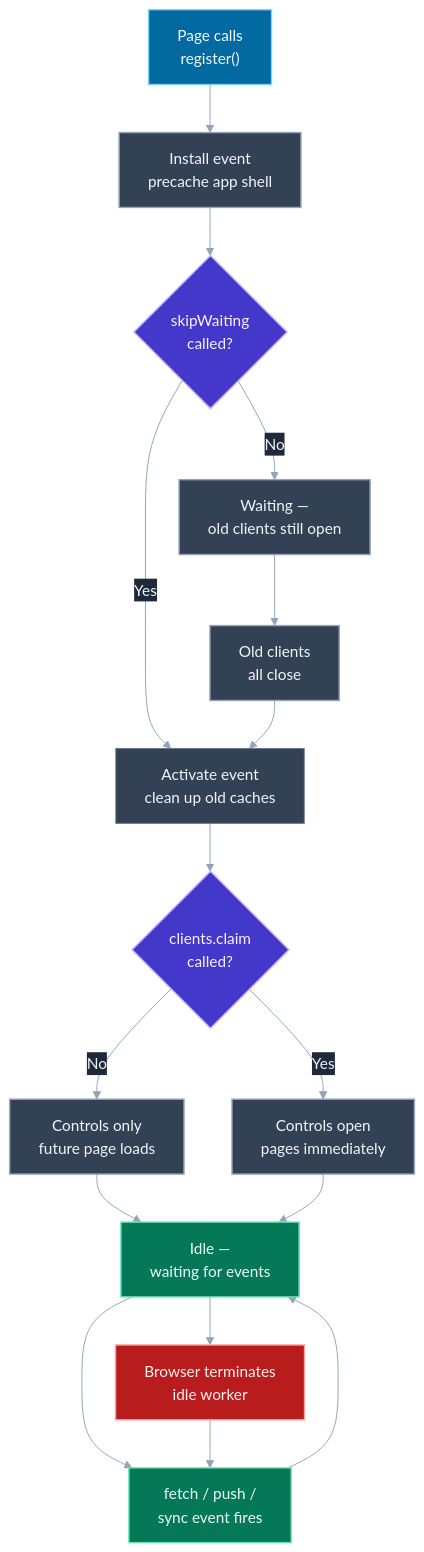
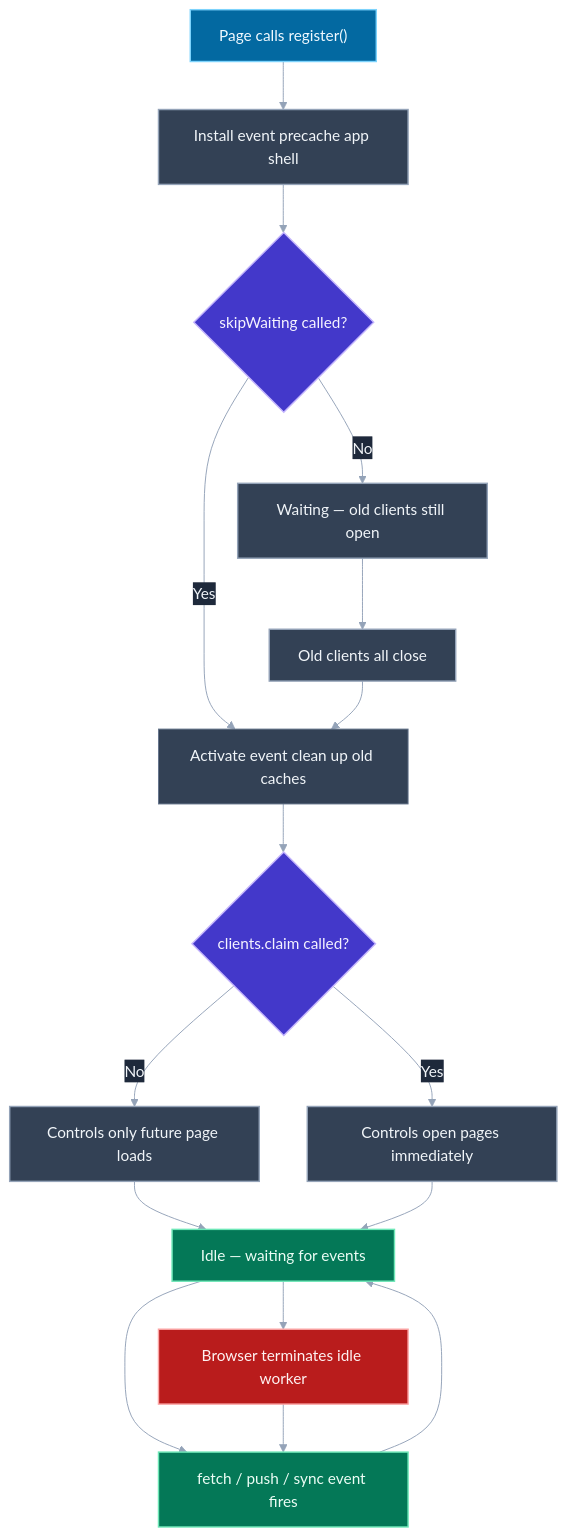
Before and after one commit to vinayakhumberi/litmus: the first of 2 diagrams in data/topics/service-workers-pwa.md, drawn with Mermaid. The commit also changed other lines of this file and 68 other files, not shown here.

````diff
--- a/data/topics/service-workers-pwa.md
+++ b/data/topics/service-workers-pwa.md
@@ -142,31 +142,31 @@
 ```mermaid
 %%{init: {"theme": "base", "themeVariables": {"primaryColor":"#334155","primaryTextColor":"#f1f5f9","primaryBorderColor":"#64748b","lineColor":"#94a3b8","edgeLabelBackground":"#1e293b","textColor":"#f1f5f9","fontSize":"16px"}}}%%
 flowchart TD
-    A["Page calls<br>register()"] --> B["Install event<br>precache app shell"]
-    B --> C{"skipWaiting<br>called?"}
-    C -- "No" --> D["Waiting —<br>old clients still open"]
-    D --> E["Old clients<br>all close"]
-    C -- "Yes" --> F["Activate event<br>clean up old caches"]
+    A["Page calls register()"] --> B["Install event precache app shell"]
+    B --> C{"skipWaiting called?"}
+    C -- "No" --> D["Waiting — old clients still open"]
+    D --> E["Old clients all close"]
+    C -- "Yes" --> F["Activate event clean up old caches"]
     E --> F
-    F --> G{"clients.claim<br>called?"}
-    G -- "No" --> H["Controls only<br>future page loads"]
-    G -- "Yes" --> I["Controls open<br>pages immediately"]
-    H --> J["Idle —<br>waiting for events"]
+    F --> G{"clients.claim called?"}
+    G -- "No" --> H["Controls only future page loads"]
+    G -- "Yes" --> I["Controls open pages immediately"]
+    H --> J["Idle — waiting for events"]
     I --> J
-    J --> K["fetch / push /<br>sync event fires"]
+    J --> K["fetch / push / sync event fires"]
     K --> J
-    J --> L["Browser terminates<br>idle worker"]
+    J --> L["Browser terminates idle worker"]
     L --> K
 
     classDef start fill:#0369a1,stroke:#7dd3fc,color:#f0f9ff,stroke-width:1.5px
     classDef decision fill:#4338ca,stroke:#c4b5fd,color:#f5f3ff,stroke-width:1.5px
     classDef normal fill:#334155,stroke:#94a3b8,color:#f1f5f9,stroke-width:1.5px
     classDef active fill:#047857,stroke:#6ee7b7,color:#ecfdf5,stroke-width:1.5px
     classDef warn fill:#b91c1c,stroke:#fca5a5,color:#fef2f2,stroke-width:1.5px
 
     class A start
     class C,G decision
     class B,D,E,H,I normal
     class J,K active
     class L warn
 ```
````
